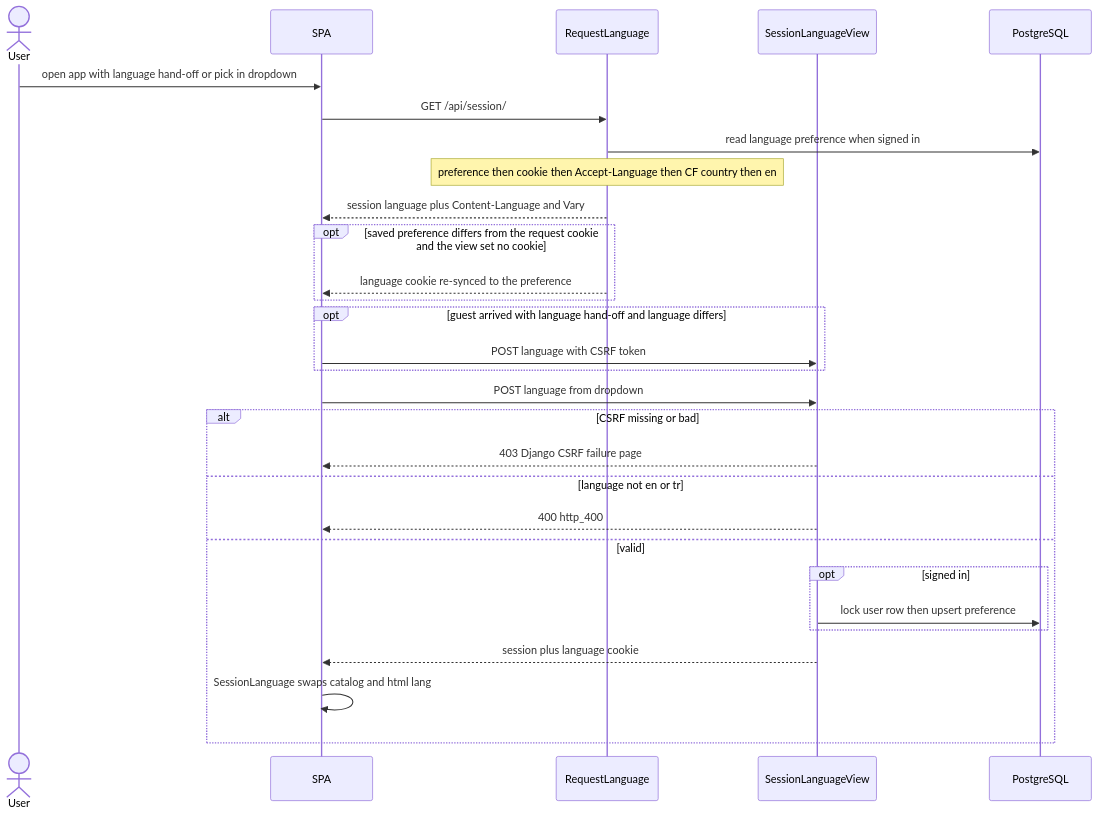
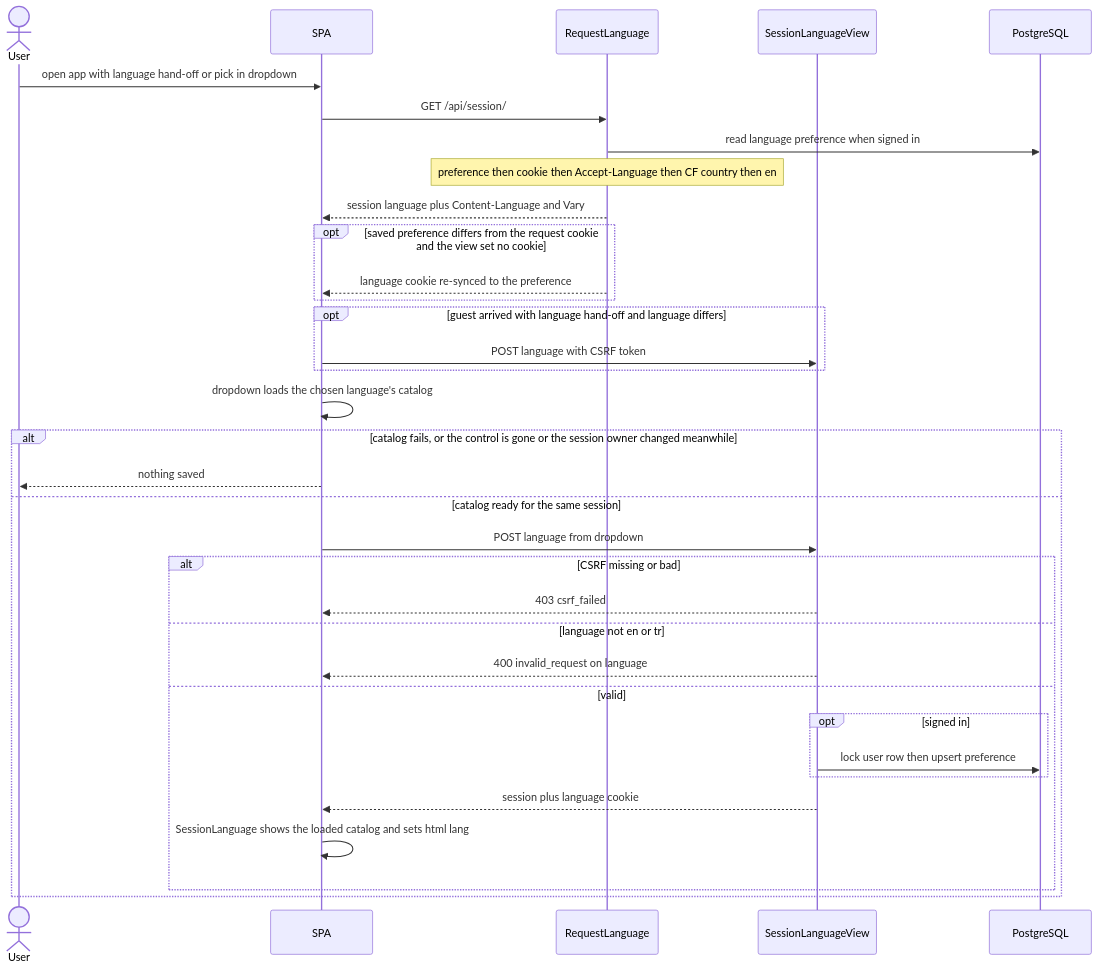
Before and after one commit to erkurtharun/pyracast: the diagram in docs/flows/i18n-and-language.md, drawn with Mermaid. The commit also changed other lines of this file and 85 other files, not shown here.

First line of the commit message:
Bring the flow pages in line with the code (#107)

````diff
--- a/docs/flows/i18n-and-language.md
+++ b/docs/flows/i18n-and-language.md
@@ -18,31 +18,36 @@
 ```mermaid
 sequenceDiagram
     actor U as User
     participant S as SPA
     participant M as RequestLanguage
     participant V as SessionLanguageView
     participant DB as PostgreSQL
     U->>S: open app with language hand-off or pick in dropdown
     S->>M: GET /api/session/
     M->>DB: read language preference when signed in
     Note over M: preference then cookie then Accept-Language then CF country then en
     M-->>S: session language plus Content-Language and Vary
     opt saved preference differs from the request cookie and the view set no cookie
         M-->>S: language cookie re-synced to the preference
     end
     opt guest arrived with language hand-off and language differs
         S->>V: POST language with CSRF token
     end
-    S->>V: POST language from dropdown
-    alt CSRF missing or bad
-        V-->>S: 403 Django CSRF failure page
-    else language not en or tr
-        V-->>S: 400 http_400
-    else valid
-        opt signed in
-            V->>DB: lock user row then upsert preference
+    S->>S: dropdown loads the chosen language's catalog
+    alt catalog fails, or the control is gone or the session owner changed meanwhile
+        S-->>U: nothing saved
+    else catalog ready for the same session
+        S->>V: POST language from dropdown
+        alt CSRF missing or bad
+            V-->>S: 403 csrf_failed
+        else language not en or tr
+            V-->>S: 400 invalid_request on language
+        else valid
+            opt signed in
+                V->>DB: lock user row then upsert preference
+            end
+            V-->>S: session plus language cookie
+            S->>S: SessionLanguage shows the loaded catalog and sets html lang
         end
-        V-->>S: session plus language cookie
-        S->>S: SessionLanguage swaps catalog and html lang
     end
 ```
````
